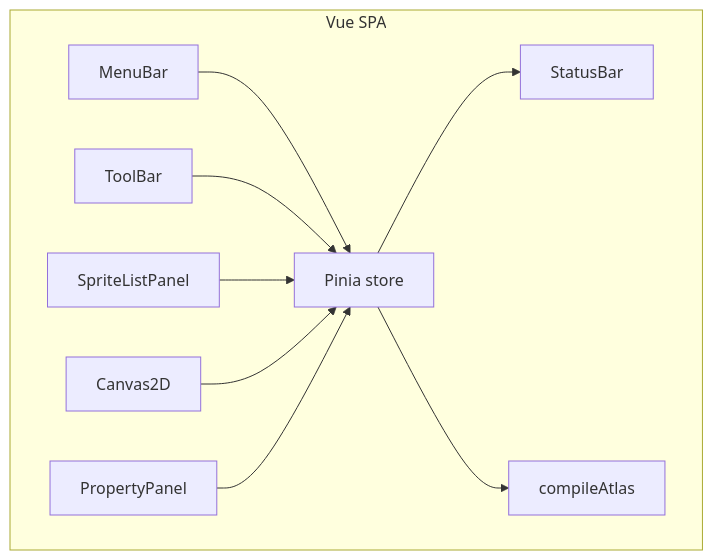
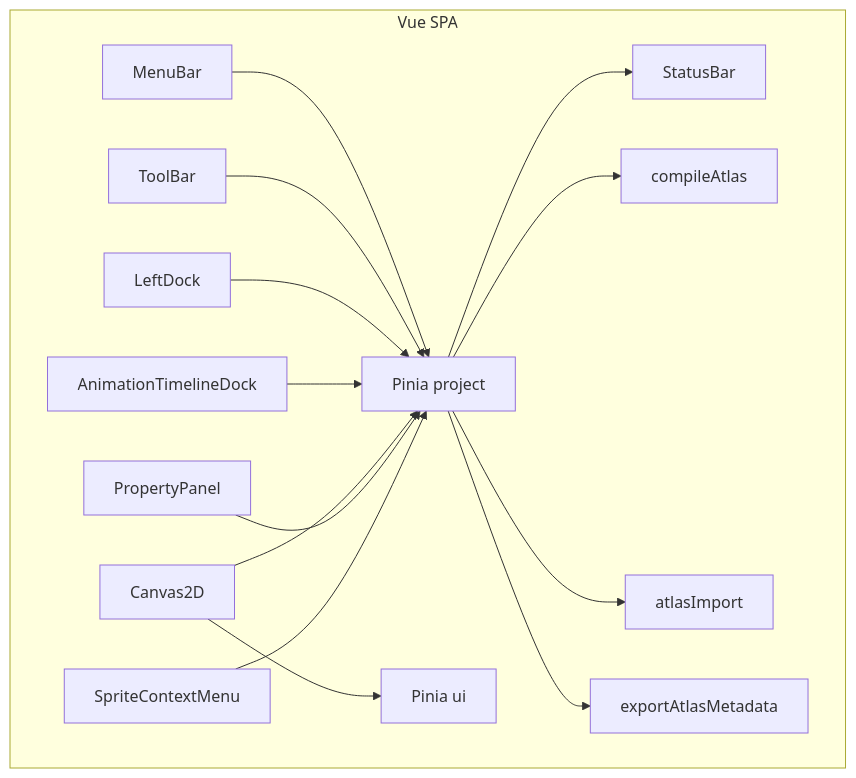
Before and after one commit to shelltdf/sprite2d_mcp: the diagram in ai-software-engineering/02-physical/sprite-sheet-compiler-gui/uml-component.md, drawn with Mermaid. The commit also changed 27 other files, not shown here.

````diff
--- a/ai-software-engineering/02-physical/sprite-sheet-compiler-gui/uml-component.md
+++ b/ai-software-engineering/02-physical/sprite-sheet-compiler-gui/uml-component.md
@@ -3,20 +3,30 @@
 ```mermaid
 flowchart TB
   subgraph GUI["Vue SPA"]
     MB[MenuBar]
     TB[ToolBar]
-    SL[SpriteListPanel]
+    LD[LeftDock]
+    ATL[AnimationTimelineDock]
     CV[Canvas2D]
     PP[PropertyPanel]
+    SCM[SpriteContextMenu]
     SB[StatusBar]
-    ST[Pinia store]
+    PST[Pinia project]
+    UIST[Pinia ui]
     CP[compileAtlas]
+    ATLIMP[atlasImport]
+    ATLMETA[exportAtlasMetadata]
   end
-  MB --> ST
-  TB --> ST
-  SL --> ST
-  CV --> ST
-  PP --> ST
-  ST --> SB
-  ST --> CP
+  MB --> PST
+  TB --> PST
+  LD --> PST
+  ATL --> PST
+  CV --> PST
+  CV --> UIST
+  PP --> PST
+  SCM --> PST
+  PST --> SB
+  PST --> CP
+  PST --> ATLIMP
+  PST --> ATLMETA
 ```
````
